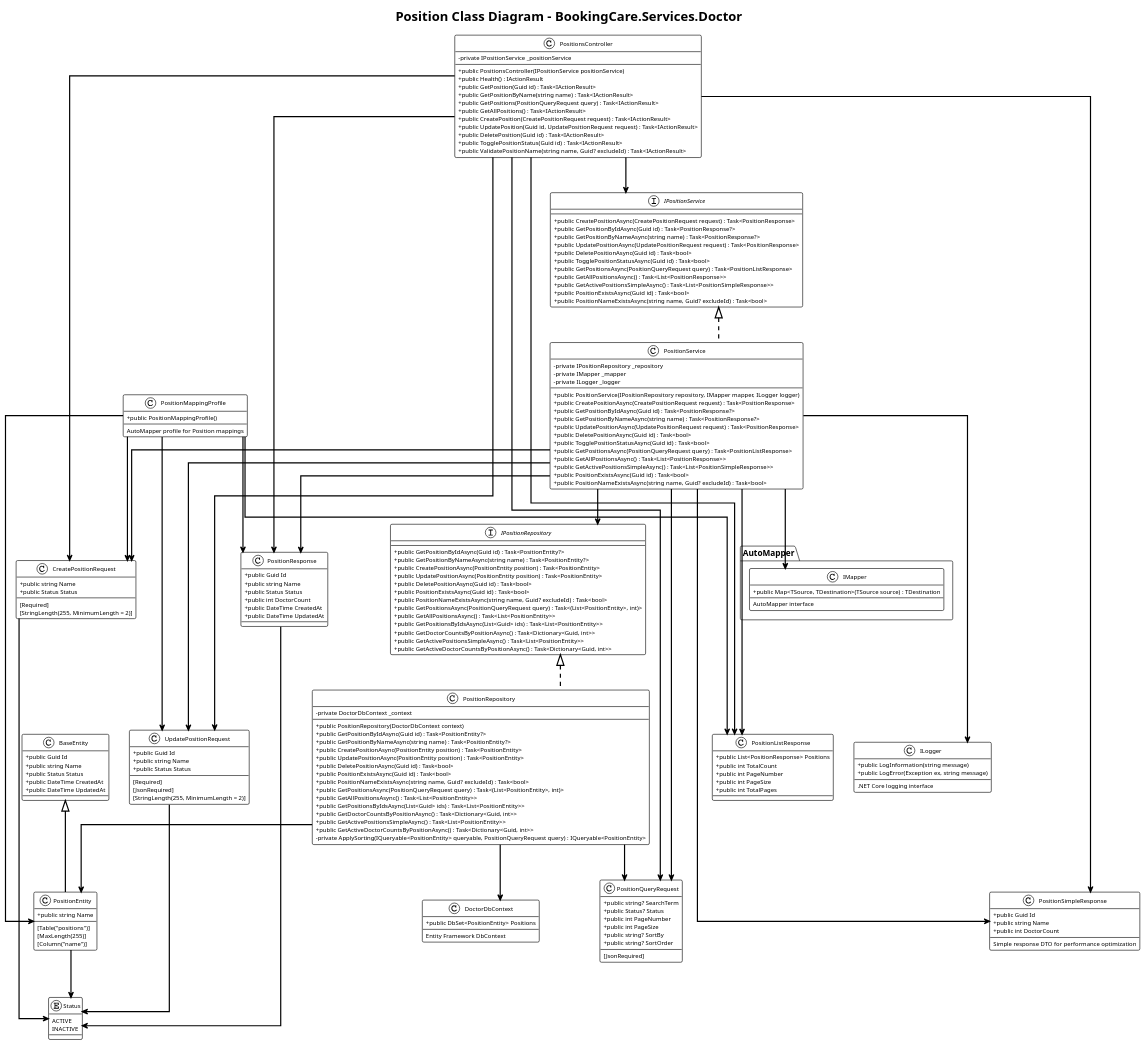
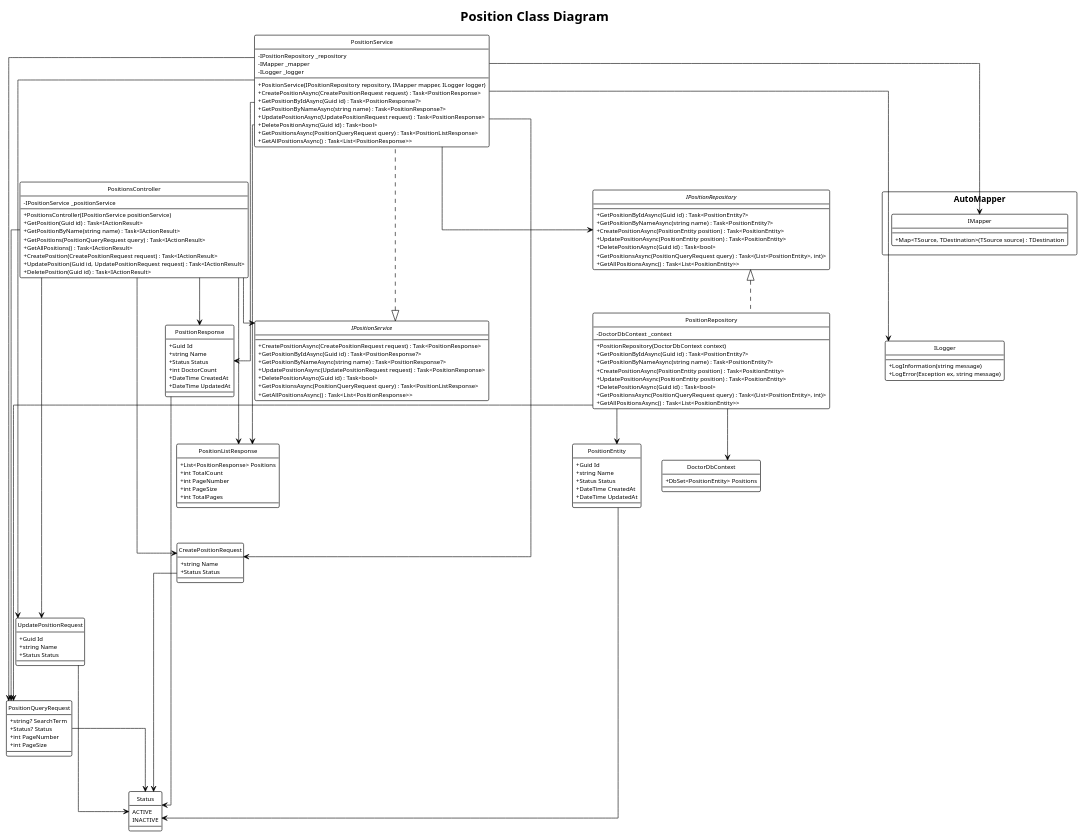
Before and after one commit to Capstone-FA25-MABS/BookingCareSystemBackend: the diagram in src/Services/BookingCare.Services.Doctor/class_diagram/position_class_diagram.puml, drawn with PlantUML. The commit also changed 32 other files, not shown here.

Commit message:
[FIX] update code sequence diagram and class diagram

```diff
--- a/src/Services/BookingCare.Services.Doctor/class_diagram/position_class_diagram.puml
+++ b/src/Services/BookingCare.Services.Doctor/class_diagram/position_class_diagram.puml
@@ -1,21 +1,24 @@
 @startuml
 !theme plain
-title Position Class Diagram - BookingCare.Services.Doctor
+title Position Class Diagram
+hide circle
 
 ' ===== SKIN PARAMETERS =====
 skinparam class {
     BackgroundColor White
     BorderColor Black
     ArrowColor Black
-    ArrowThickness 2
+    ArrowThickness 1
+    FontSize 10
 }
 
 skinparam arrow {
-    Thickness 2
+    Thickness 1
     Color Black
 }
 
 skinparam linetype ortho
+skinparam packageStyle rectangle
 
 ' ===== VISIBILITY MODIFIERS =====
 skinparam classAttribute {
@@ -28,194 +31,130 @@
     FontSize 10
 }
 
-' ===== ENTITIES =====
-class BaseEntity {
-    + public Guid Id
-    + public string Name
-    + public Status Status
-    + public DateTime CreatedAt
-    + public DateTime UpdatedAt
-}
-
+' ===== CORE ENTITIES =====
 class PositionEntity {
-    + public string Name
-    --
-    [Table("positions")]
-    [MaxLength(255)]
-    [Column("name")]
+    + Guid Id
+    + string Name
+    + Status Status
+    + DateTime CreatedAt
+    + DateTime UpdatedAt
 }
 
 ' ===== REQUEST DTOs =====
 class CreatePositionRequest {
-    + public string Name
-    + public Status Status
-    --
-    [Required]
-    [StringLength(255, MinimumLength = 2)]
+    + string Name
+    + Status Status
 }
 
 class UpdatePositionRequest {
-    + public Guid Id
-    + public string Name
-    + public Status Status
-    --
-    [Required]
-    [JsonRequired]
-    [StringLength(255, MinimumLength = 2)]
+    + Guid Id
+    + string Name
+    + Status Status
 }
 
 class PositionQueryRequest {
-    + public string? SearchTerm
-    + public Status? Status
-    + public int PageNumber
-    + public int PageSize
-    + public string? SortBy
-    + public string? SortOrder
-    --
-    [JsonRequired]
+    + string? SearchTerm
+    + Status? Status
+    + int PageNumber
+    + int PageSize
 }
 
 ' ===== RESPONSE DTOs =====
 class PositionResponse {
-    + public Guid Id
-    + public string Name
-    + public Status Status
-    + public int DoctorCount
-    + public DateTime CreatedAt
-    + public DateTime UpdatedAt
+    + Guid Id
+    + string Name
+    + Status Status
+    + int DoctorCount
+    + DateTime CreatedAt
+    + DateTime UpdatedAt
 }
 
 class PositionListResponse {
-    + public List<PositionResponse> Positions
-    + public int TotalCount
-    + public int PageNumber
-    + public int PageSize
-    + public int TotalPages
-}
-
-class PositionSimpleResponse {
-    + public Guid Id
-    + public string Name
-    + public int DoctorCount
-    --
-    Simple response DTO for performance optimization
+    + List<PositionResponse> Positions
+    + int TotalCount
+    + int PageNumber
+    + int PageSize
+    + int TotalPages
 }
 
 ' ===== REPOSITORY INTERFACE =====
 interface IPositionRepository {
-    + public GetPositionByIdAsync(Guid id) : Task<PositionEntity?>
-    + public GetPositionByNameAsync(string name) : Task<PositionEntity?>
-    + public CreatePositionAsync(PositionEntity position) : Task<PositionEntity>
-    + public UpdatePositionAsync(PositionEntity position) : Task<PositionEntity>
-    + public DeletePositionAsync(Guid id) : Task<bool>
-    + public PositionExistsAsync(Guid id) : Task<bool>
-    + public PositionNameExistsAsync(string name, Guid? excludeId) : Task<bool>
-    + public GetPositionsAsync(PositionQueryRequest query) : Task<(List<PositionEntity>, int)>
-    + public GetAllPositionsAsync() : Task<List<PositionEntity>>
-    + public GetPositionsByIdsAsync(List<Guid> ids) : Task<List<PositionEntity>>
-    + public GetDoctorCountsByPositionAsync() : Task<Dictionary<Guid, int>>
-    + public GetActivePositionsSimpleAsync() : Task<List<PositionEntity>>
-    + public GetActiveDoctorCountsByPositionAsync() : Task<Dictionary<Guid, int>>
+    + GetPositionByIdAsync(Guid id) : Task<PositionEntity?>
+    + GetPositionByNameAsync(string name) : Task<PositionEntity?>
+    + CreatePositionAsync(PositionEntity position) : Task<PositionEntity>
+    + UpdatePositionAsync(PositionEntity position) : Task<PositionEntity>
+    + DeletePositionAsync(Guid id) : Task<bool>
+    + GetPositionsAsync(PositionQueryRequest query) : Task<(List<PositionEntity>, int)>
+    + GetAllPositionsAsync() : Task<List<PositionEntity>>
 }
 
 ' ===== REPOSITORY IMPLEMENTATION =====
 class PositionRepository {
-    - private DoctorDbContext _context
+    - DoctorDbContext _context
     --
-    + public PositionRepository(DoctorDbContext context)
-    + public GetPositionByIdAsync(Guid id) : Task<PositionEntity?>
-    + public GetPositionByNameAsync(string name) : Task<PositionEntity?>
-    + public CreatePositionAsync(PositionEntity position) : Task<PositionEntity>
-    + public UpdatePositionAsync(PositionEntity position) : Task<PositionEntity>
-    + public DeletePositionAsync(Guid id) : Task<bool>
-    + public PositionExistsAsync(Guid id) : Task<bool>
-    + public PositionNameExistsAsync(string name, Guid? excludeId) : Task<bool>
-    + public GetPositionsAsync(PositionQueryRequest query) : Task<(List<PositionEntity>, int)>
-    + public GetAllPositionsAsync() : Task<List<PositionEntity>>
-    + public GetPositionsByIdsAsync(List<Guid> ids) : Task<List<PositionEntity>>
-    + public GetDoctorCountsByPositionAsync() : Task<Dictionary<Guid, int>>
-    + public GetActivePositionsSimpleAsync() : Task<List<PositionEntity>>
-    + public GetActiveDoctorCountsByPositionAsync() : Task<Dictionary<Guid, int>>
-    - private ApplySorting(IQueryable<PositionEntity> queryable, PositionQueryRequest query) : IQueryable<PositionEntity>
+    + PositionRepository(DoctorDbContext context)
+    + GetPositionByIdAsync(Guid id) : Task<PositionEntity?>
+    + GetPositionByNameAsync(string name) : Task<PositionEntity?>
+    + CreatePositionAsync(PositionEntity position) : Task<PositionEntity>
+    + UpdatePositionAsync(PositionEntity position) : Task<PositionEntity>
+    + DeletePositionAsync(Guid id) : Task<bool>
+    + GetPositionsAsync(PositionQueryRequest query) : Task<(List<PositionEntity>, int)>
+    + GetAllPositionsAsync() : Task<List<PositionEntity>>
 }
 
 ' ===== SERVICE INTERFACE =====
 interface IPositionService {
-    + public CreatePositionAsync(CreatePositionRequest request) : Task<PositionResponse>
-    + public GetPositionByIdAsync(Guid id) : Task<PositionResponse?>
-    + public GetPositionByNameAsync(string name) : Task<PositionResponse?>
-    + public UpdatePositionAsync(UpdatePositionRequest request) : Task<PositionResponse>
-    + public DeletePositionAsync(Guid id) : Task<bool>
-    + public TogglePositionStatusAsync(Guid id) : Task<bool>
-    + public GetPositionsAsync(PositionQueryRequest query) : Task<PositionListResponse>
-    + public GetAllPositionsAsync() : Task<List<PositionResponse>>
-    + public GetActivePositionsSimpleAsync() : Task<List<PositionSimpleResponse>>
-    + public PositionExistsAsync(Guid id) : Task<bool>
-    + public PositionNameExistsAsync(string name, Guid? excludeId) : Task<bool>
+    + CreatePositionAsync(CreatePositionRequest request) : Task<PositionResponse>
+    + GetPositionByIdAsync(Guid id) : Task<PositionResponse?>
+    + GetPositionByNameAsync(string name) : Task<PositionResponse?>
+    + UpdatePositionAsync(UpdatePositionRequest request) : Task<PositionResponse>
+    + DeletePositionAsync(Guid id) : Task<bool>
+    + GetPositionsAsync(PositionQueryRequest query) : Task<PositionListResponse>
+    + GetAllPositionsAsync() : Task<List<PositionResponse>>
 }
 
 ' ===== SERVICE IMPLEMENTATION =====
 class PositionService {
-    - private IPositionRepository _repository
-    - private IMapper _mapper
-    - private ILogger _logger
+    - IPositionRepository _repository
+    - IMapper _mapper
+    - ILogger _logger
     --
-    + public PositionService(IPositionRepository repository, IMapper mapper, ILogger logger)
-    + public CreatePositionAsync(CreatePositionRequest request) : Task<PositionResponse>
-    + public GetPositionByIdAsync(Guid id) : Task<PositionResponse?>
-    + public GetPositionByNameAsync(string name) : Task<PositionResponse?>
-    + public UpdatePositionAsync(UpdatePositionRequest request) : Task<PositionResponse>
-    + public DeletePositionAsync(Guid id) : Task<bool>
-    + public TogglePositionStatusAsync(Guid id) : Task<bool>
-    + public GetPositionsAsync(PositionQueryRequest query) : Task<PositionListResponse>
-    + public GetAllPositionsAsync() : Task<List<PositionResponse>>
-    + public GetActivePositionsSimpleAsync() : Task<List<PositionSimpleResponse>>
-    + public PositionExistsAsync(Guid id) : Task<bool>
-    + public PositionNameExistsAsync(string name, Guid? excludeId) : Task<bool>
+    + PositionService(IPositionRepository repository, IMapper mapper, ILogger logger)
+    + CreatePositionAsync(CreatePositionRequest request) : Task<PositionResponse>
+    + GetPositionByIdAsync(Guid id) : Task<PositionResponse?>
+    + GetPositionByNameAsync(string name) : Task<PositionResponse?>
+    + UpdatePositionAsync(UpdatePositionRequest request) : Task<PositionResponse>
+    + DeletePositionAsync(Guid id) : Task<bool>
+    + GetPositionsAsync(PositionQueryRequest query) : Task<PositionListResponse>
+    + GetAllPositionsAsync() : Task<List<PositionResponse>>
 }
 
 ' ===== CONTROLLER =====
 class PositionsController {
-    - private IPositionService _positionService
+    - IPositionService _positionService
     --
-    + public PositionsController(IPositionService positionService)
-    + public Health() : IActionResult
-    + public GetPosition(Guid id) : Task<IActionResult>
-    + public GetPositionByName(string name) : Task<IActionResult>
-    + public GetPositions(PositionQueryRequest query) : Task<IActionResult>
-    + public GetAllPositions() : Task<IActionResult>
-    + public CreatePosition(CreatePositionRequest request) : Task<IActionResult>
-    + public UpdatePosition(Guid id, UpdatePositionRequest request) : Task<IActionResult>
-    + public DeletePosition(Guid id) : Task<IActionResult>
-    + public TogglePositionStatus(Guid id) : Task<IActionResult>
-    + public ValidatePositionName(string name, Guid? excludeId) : Task<IActionResult>
-}
-
-' ===== MAPPING PROFILE =====
-class PositionMappingProfile {
-    + public PositionMappingProfile()
-    --
-    AutoMapper profile for Position mappings
+    + PositionsController(IPositionService positionService)
+    + GetPosition(Guid id) : Task<IActionResult>
+    + GetPositionByName(string name) : Task<IActionResult>
+    + GetPositions(PositionQueryRequest query) : Task<IActionResult>
+    + GetAllPositions() : Task<IActionResult>
+    + CreatePosition(CreatePositionRequest request) : Task<IActionResult>
+    + UpdatePosition(Guid id, UpdatePositionRequest request) : Task<IActionResult>
+    + DeletePosition(Guid id) : Task<IActionResult>
 }
 
 ' ===== EXTERNAL DEPENDENCIES =====
 class DoctorDbContext {
-    + public DbSet<PositionEntity> Positions
-    --
-    Entity Framework DbContext
+    + DbSet<PositionEntity> Positions
 }
 
 class AutoMapper.IMapper {
-    + public Map<TSource, TDestination>(TSource source) : TDestination
-    --
-    AutoMapper interface
+    + Map<TSource, TDestination>(TSource source) : TDestination
 }
 
 class ILogger {
-    + public LogInformation(string message)
-    + public LogError(Exception ex, string message)
-    --
-    .NET Core logging interface
+    + LogInformation(string message)
+    + LogError(Exception ex, string message)
 }
 
 ' ===== ENUMS =====
@@ -225,32 +164,21 @@
 }
 
 ' ===== LAYOUT POSITIONING =====
-' Entities
-BaseEntity -[hidden]- PositionEntity
-PositionEntity -[hidden]- Status
-
-' Request DTOs
+PositionEntity -[hidden]- CreatePositionRequest
 CreatePositionRequest -[hidden]- UpdatePositionRequest
 UpdatePositionRequest -[hidden]- PositionQueryRequest
 
-' Response DTOs
 PositionResponse -[hidden]- PositionListResponse
-PositionListResponse -[hidden]- PositionSimpleResponse
 
-' Repository Layer
 IPositionRepository -[hidden]- PositionRepository
 PositionRepository -[hidden]- DoctorDbContext
 
-' Service Layer
 IPositionService -[hidden]- PositionService
-PositionService -[hidden]- IMapper
+PositionService -[hidden]- PositionsController
+
 IMapper -[hidden]- ILogger
 
-' Controller
-PositionsController -[hidden]- PositionMappingProfile
-
 ' ===== RELATIONSHIPS =====
-BaseEntity <|-- PositionEntity
 IPositionRepository <|.. PositionRepository
 IPositionService <|.. PositionService
 
@@ -266,7 +194,6 @@
 PositionService --> PositionQueryRequest
 PositionService --> PositionResponse
 PositionService --> PositionListResponse
-PositionService --> PositionSimpleResponse
 
 PositionsController --> IPositionService
 PositionsController --> CreatePositionRequest
@@ -274,17 +201,11 @@
 PositionsController --> PositionQueryRequest
 PositionsController --> PositionResponse
 PositionsController --> PositionListResponse
-PositionsController --> PositionSimpleResponse
-
-PositionMappingProfile --> PositionEntity
-PositionMappingProfile --> CreatePositionRequest
-PositionMappingProfile --> UpdatePositionRequest
-PositionMappingProfile --> PositionResponse
-PositionMappingProfile --> PositionListResponse
 
 PositionEntity --> Status
 CreatePositionRequest --> Status
 UpdatePositionRequest --> Status
+PositionQueryRequest --> Status
 PositionResponse --> Status
 
 @enduml
```
